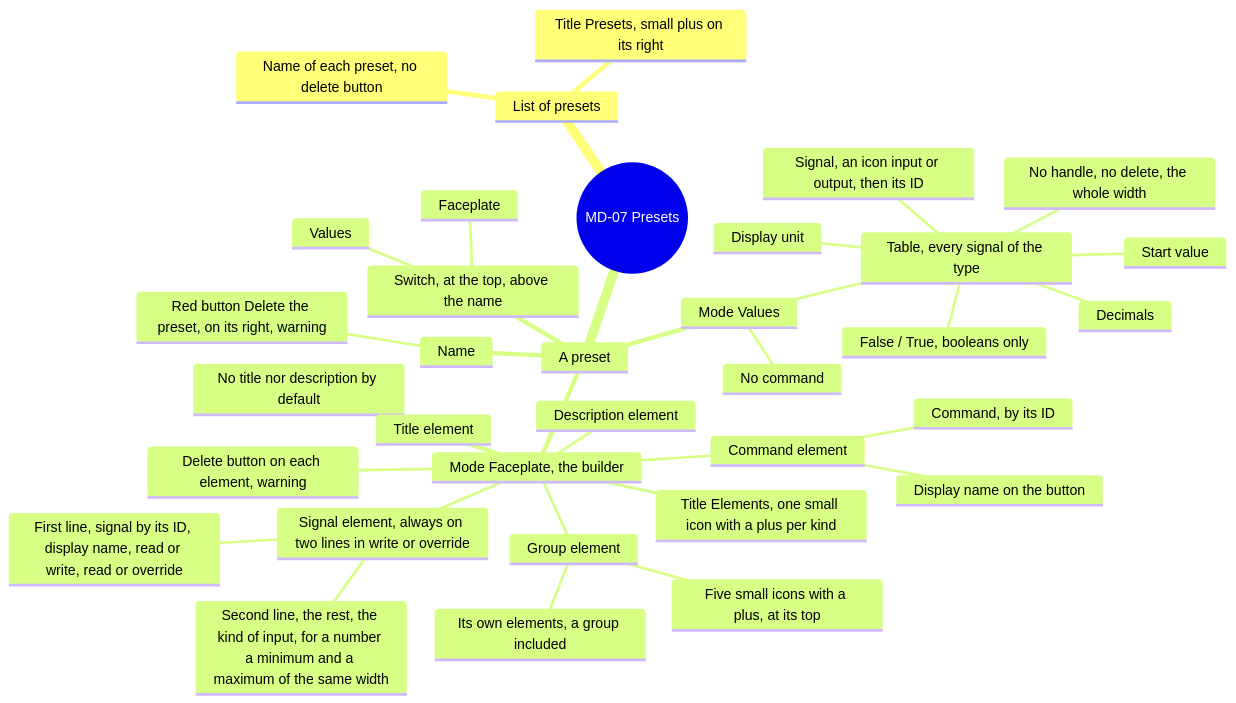
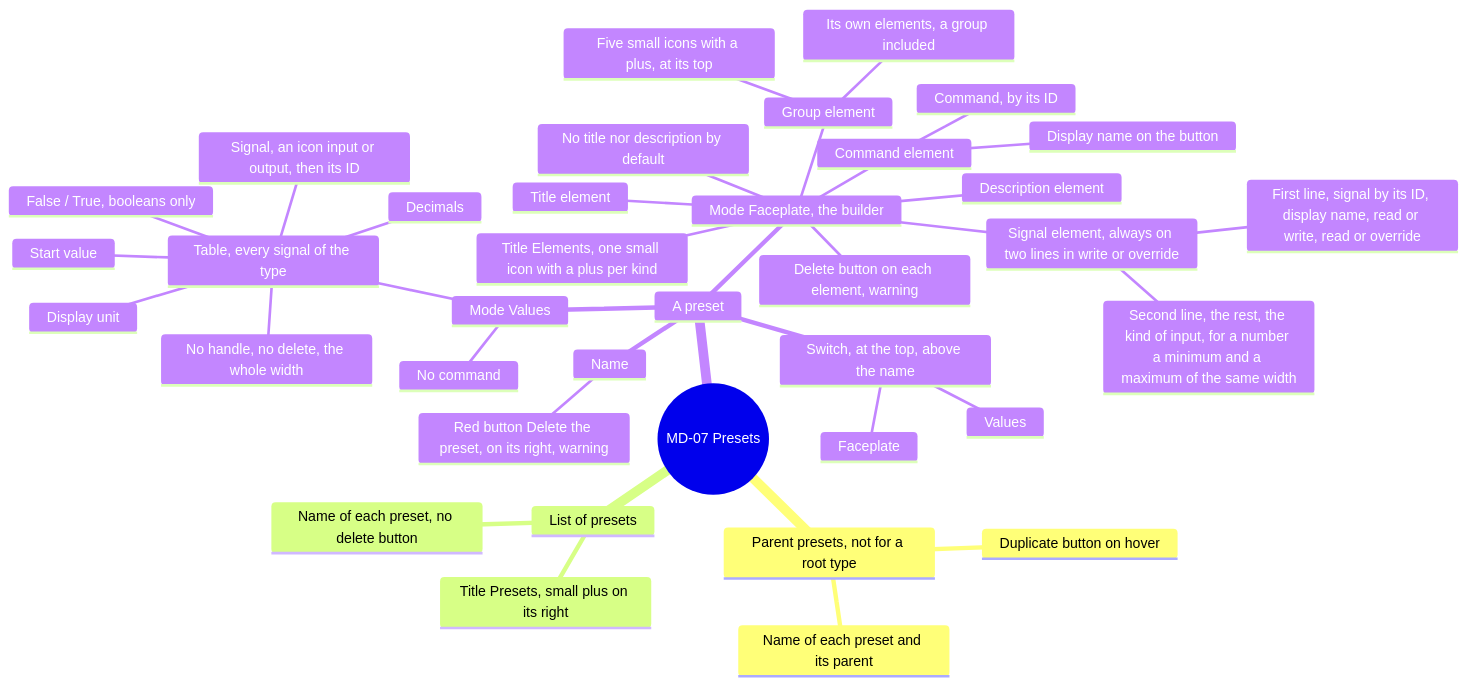
Diagram 12 of 16 in screens/metadata.md (AlexandreGallais/synoptic-studio-spec), drawn with Mermaid before and after one commit. The commit also changed other lines of this file and 16 other files, not shown here.

First line of the commit message:
docs(metadata): split the presets into parent presets and own presets

````diff
--- a/screens/metadata.md
+++ b/screens/metadata.md
@@ -370,37 +370,40 @@
 ```mermaid
 mindmap
   root((MD-07 Presets))
+    Parent presets, not for a root type
+      Name of each preset and its parent
+      Duplicate button on hover
     List of presets
       Title Presets, small plus on its right
       Name of each preset, no delete button
     A preset
       Switch, at the top, above the name
         Values
         Faceplate
       Name
         Red button Delete the preset, on its right, warning
       Mode Values
         Table, every signal of the type
           No handle, no delete, the whole width
           Signal, an icon input or output, then its ID
           Display unit
           Decimals
           False / True, booleans only
           Start value
         No command
       Mode Faceplate, the builder
         No title nor description by default
         Title Elements, one small icon with a plus per kind
         Signal element, always on two lines in write or override
           First line, signal by its ID, display name, read or write, read or override
           Second line, the rest, the kind of input, for a number a minimum and a maximum of the same width
         Command element
           Command, by its ID
           Display name on the button
         Title element
         Description element
         Group element
           Five small icons with a plus, at its top
           Its own elements, a group included
         Delete button on each element, warning
 ```
````
